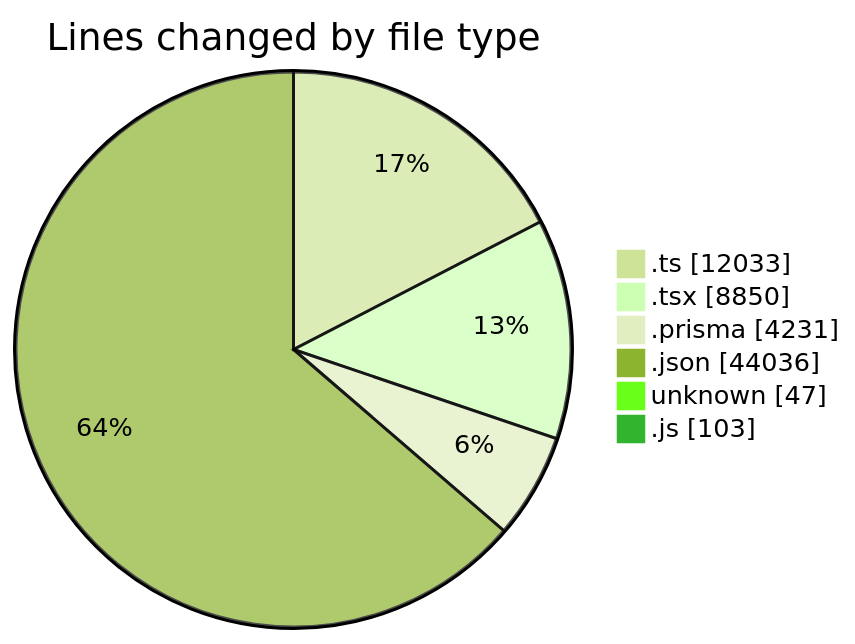
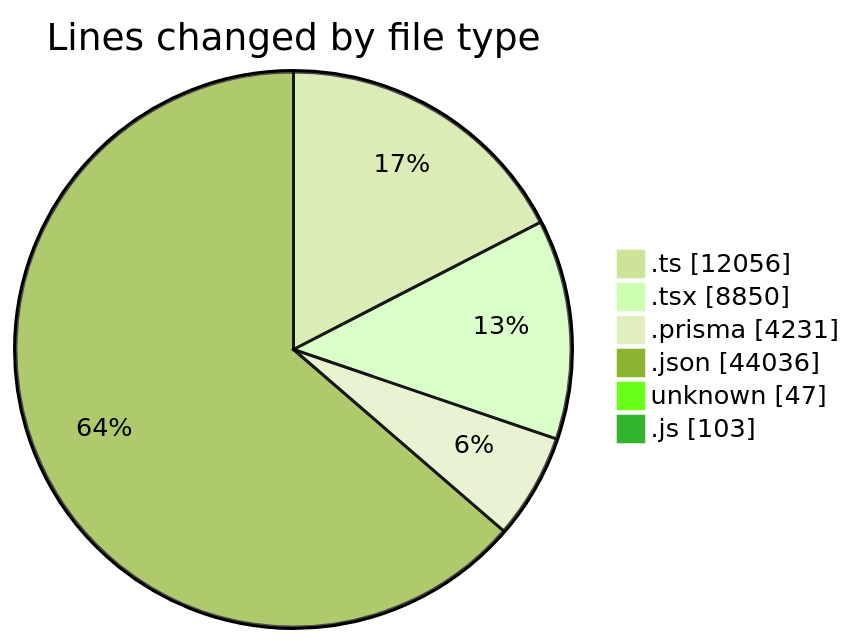
Before and after one commit to CELIANVF/code-tracking: the first of 2 diagrams in 2025-05-19/ecodeli-1/README.md, drawn with Mermaid (forest theme). The commit also changed other lines of this file and 1 other file, not shown here.

````diff
--- a/2025-05-19/ecodeli-1/README.md
+++ b/2025-05-19/ecodeli-1/README.md
@@ -88,10 +88,10 @@
 ```mermaid
 pie showData
 title Lines changed by file type
-".ts" : 12033
+".ts" : 12056
 ".tsx" : 8850
 ".prisma" : 4231
 ".json" : 44036
 "unknown" : 47
 ".js" : 103
 ```
````
